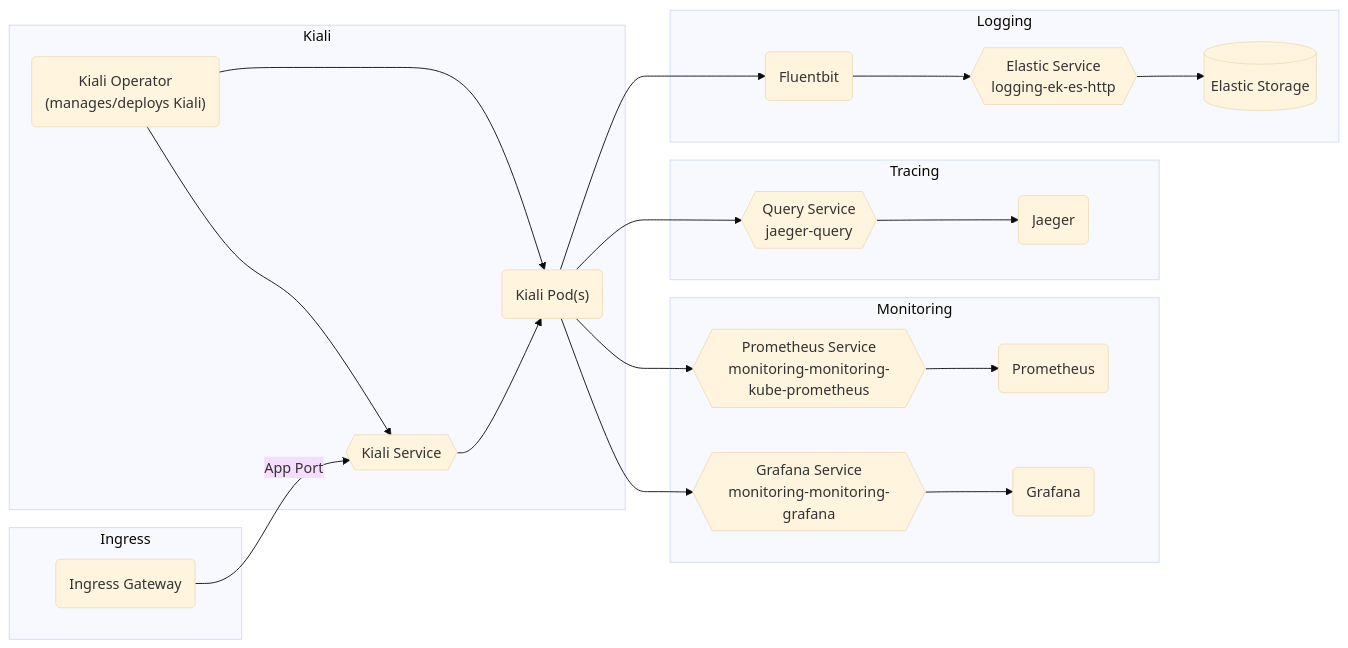
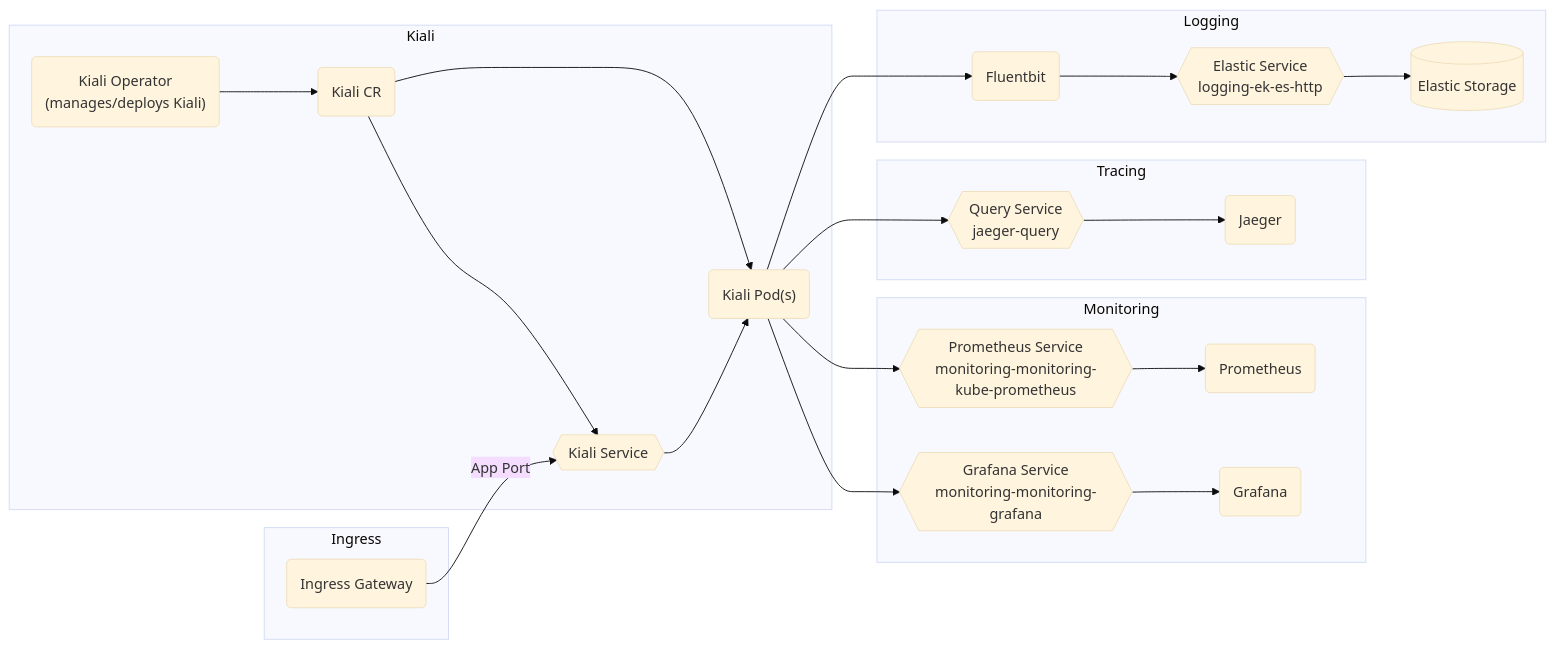
Before and after one commit to rjferguson21/big-bang: the diagram in charter/packages/kiali/Architecture.md, drawn with Mermaid (base theme).

````diff
--- a/charter/packages/kiali/Architecture.md
+++ b/charter/packages/kiali/Architecture.md
@@ -11,27 +11,27 @@
 ```mermaid
 graph LR
   subgraph "Kiali"    
-    Operator("Kiali Operator<br />(manages/deploys Kiali)")
-    Operator("Kiali Operator<br />(manages/deploys Kiali)") --> Kialipods("Kiali Pod(s)")
-    Operator("Kiali Operator<br />(manages/deploys Kiali)") --> kialiservice{{Kiali Service}} --> Kialipods("Kiali Pod(s)")
+    Operator("Kiali Operator<br />(manages/deploys Kiali)") --> Kialicr("Kiali CR")
+    Kialicr("Kiali CR") --> Kialipods("Kiali Pod(s)")
+    Kialicr("Kiali CR") --> kialiservice{{Kiali Service}} --> Kialipods("Kiali Pod(s)")
     
   end      
 
   subgraph "Ingress"
     ig(Ingress Gateway) --"App Port"--> kialiservice
   end
 
   subgraph "Monitoring"
     Kialipods("Kiali Pod(s)") --> prometheusservice{{Prometheus Service<br />monitoring-monitoring-kube-prometheus}} --> Prometheus("Prometheus")
     Kialipods("Kiali Pod(s)") --> grafanaservice{{Grafana Service<br />monitoring-monitoring-grafana}} --> Grafana("Grafana")
   end
 
   subgraph "Tracing"
     Kialipods("Kiali Pod(s)") --> queryservice{{Query Service<br />jaeger-query}} --> jaeger(Jaeger)
   end
 
   subgraph "Logging"
     Kialipods("Kiali Pod(s)") --> fluent(Fluentbit) --> logging-ek-es-http
     logging-ek-es-http{{Elastic Service<br />logging-ek-es-http}} --> elastic[(Elastic Storage)]
   end
 ```
````
